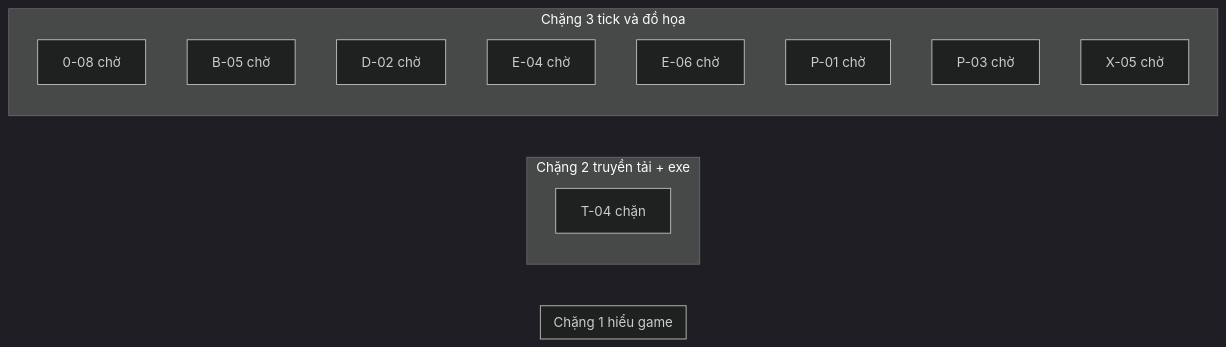
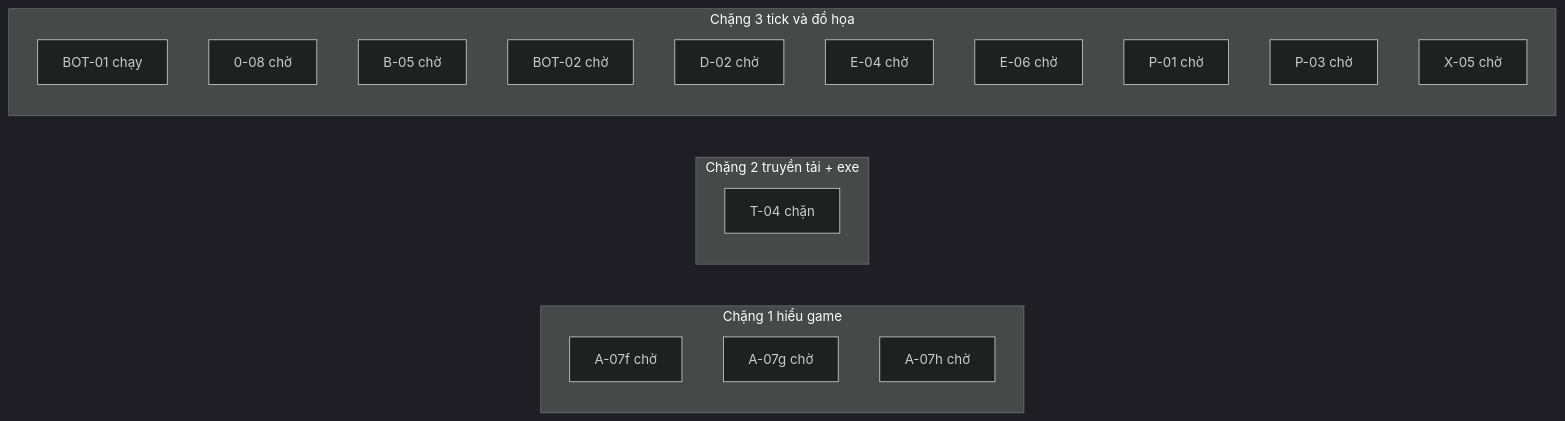
Before and after one commit to ndtangoss-dev/jx1-reports: the diagram in JX1_OPS/STATE/TIEN-DO.md, drawn with Mermaid (dark theme). The commit also changed other lines of this file and 4 other files, not shown here.

````diff
--- a/JX1_OPS/STATE/TIEN-DO.md
+++ b/JX1_OPS/STATE/TIEN-DO.md
@@ -9,18 +9,23 @@
 ```mermaid
 flowchart LR
   subgraph S1["Chặng 1 hiểu game"]
+    A_07f["A-07f chờ"]
+    A_07g["A-07g chờ"]
+    A_07h["A-07h chờ"]
   end
   subgraph S2["Chặng 2 truyền tải + exe"]
     T_04["T-04 chặn"]
   end
   subgraph S3["Chặng 3 tick và đồ họa"]
+    BOT_01["BOT-01 chạy"]
     0_08["0-08 chờ"]
     B_05["B-05 chờ"]
+    BOT_02["BOT-02 chờ"]
     D_02["D-02 chờ"]
     E_04["E-04 chờ"]
     E_06["E-06 chờ"]
     P_01["P-01 chờ"]
     P_03["P-03 chờ"]
     X_05["X-05 chờ"]
   end
 ```
````
